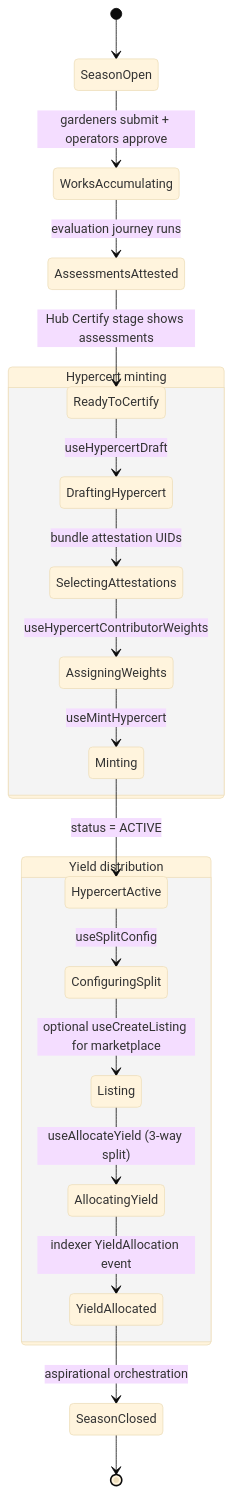
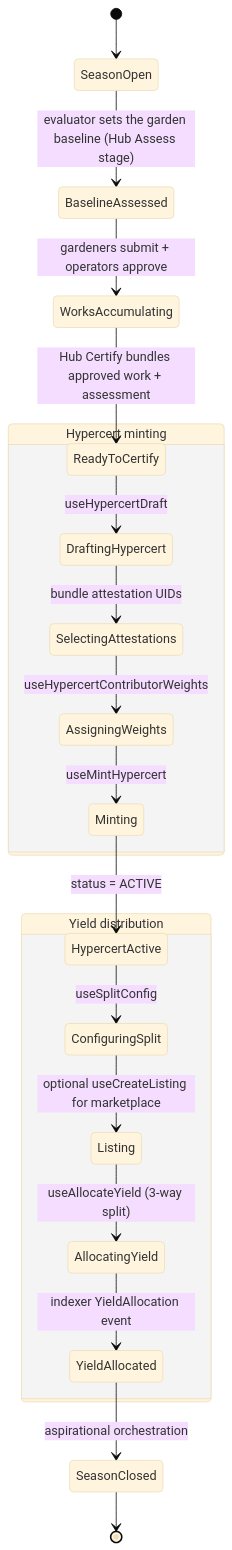
One commit to greenpill-dev-guild/green-goods changed the diagram in docs/docs/builders/journeys/harvest.mdx. Above: the diagram before and after it, drawn with Mermaid (base theme). The commit also changed 7 other files, not shown here.

````diff
--- a/docs/docs/builders/journeys/harvest.mdx
+++ b/docs/docs/builders/journeys/harvest.mdx
@@ -41,25 +41,25 @@
 ```mermaid
 stateDiagram-v2
     [*] --> SeasonOpen
-    SeasonOpen --> WorksAccumulating: gardeners submit + operators approve
-    WorksAccumulating --> AssessmentsAttested: evaluation journey runs
-    AssessmentsAttested --> ReadyToCertify: Hub Certify stage shows assessments
+    SeasonOpen --> BaselineAssessed: evaluator sets the garden baseline (Hub Assess stage)
+    BaselineAssessed --> WorksAccumulating: gardeners submit + operators approve
+    WorksAccumulating --> ReadyToCertify: Hub Certify bundles approved work + assessment
 
     state "Hypercert minting" as Mint {
         ReadyToCertify --> DraftingHypercert: useHypercertDraft
         DraftingHypercert --> SelectingAttestations: bundle attestation UIDs
         SelectingAttestations --> AssigningWeights: useHypercertContributorWeights
         AssigningWeights --> Minting: useMintHypercert
         Minting --> HypercertActive: status = ACTIVE
     }
 
     state "Yield distribution" as Distribute {
         HypercertActive --> ConfiguringSplit: useSplitConfig
         ConfiguringSplit --> Listing: optional useCreateListing for marketplace
         Listing --> AllocatingYield: useAllocateYield (3-way split)
         AllocatingYield --> YieldAllocated: indexer YieldAllocation event
     }
 
     YieldAllocated --> SeasonClosed: aspirational orchestration
     SeasonClosed --> [*]
 ```
````
